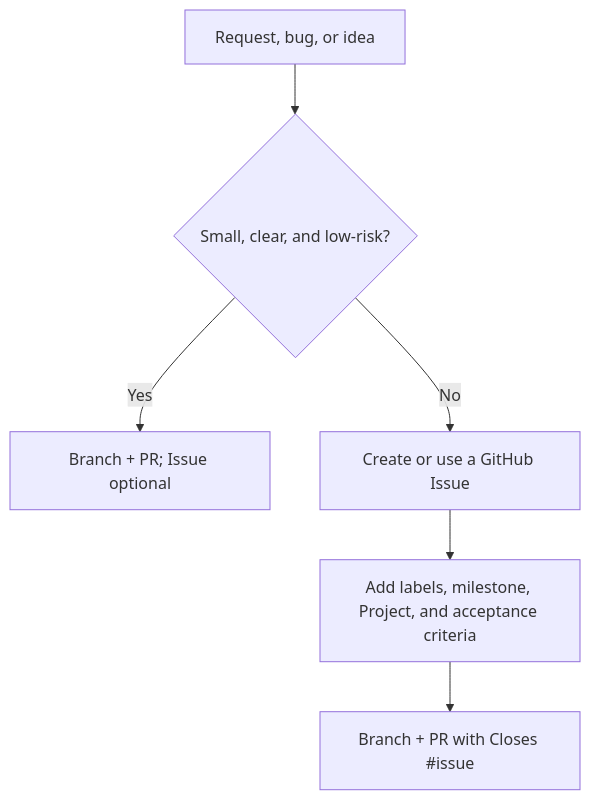
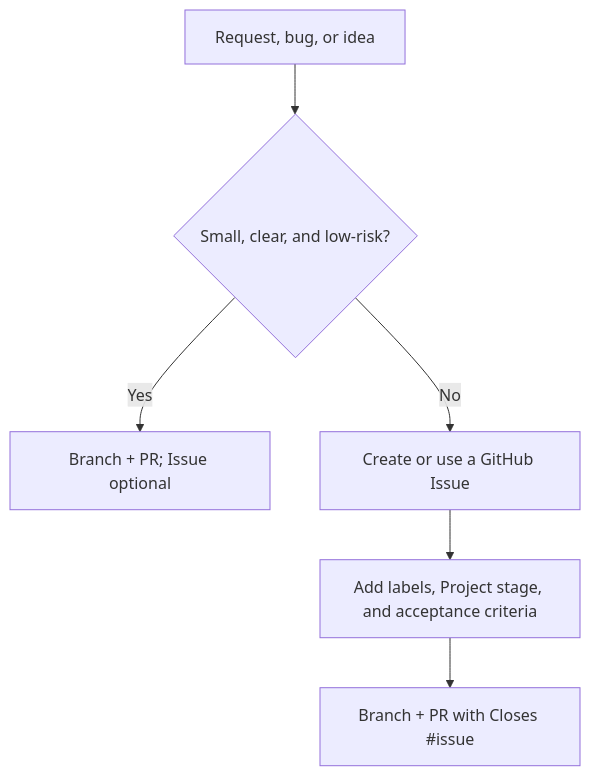
Before and after one commit to humphrey-nyanzi/UPL-goal-timing: the diagram in docs/PROJECT_ROADMAP.md, drawn with Mermaid. The commit also changed other lines of this file and 28 other files, not shown here.

````diff
--- a/docs/PROJECT_ROADMAP.md
+++ b/docs/PROJECT_ROADMAP.md
@@ -139,8 +149,8 @@
 ```mermaid
 flowchart TD
     A["Request, bug, or idea"] --> B{"Small, clear, and low-risk?"}
     B -->|"Yes"| C["Branch + PR; Issue optional"]
     B -->|"No"| D["Create or use a GitHub Issue"]
-    D --> E["Add labels, milestone, Project, and acceptance criteria"]
+    D --> E["Add labels, Project stage, and acceptance criteria"]
     E --> F["Branch + PR with Closes #issue"]
 ```
````
